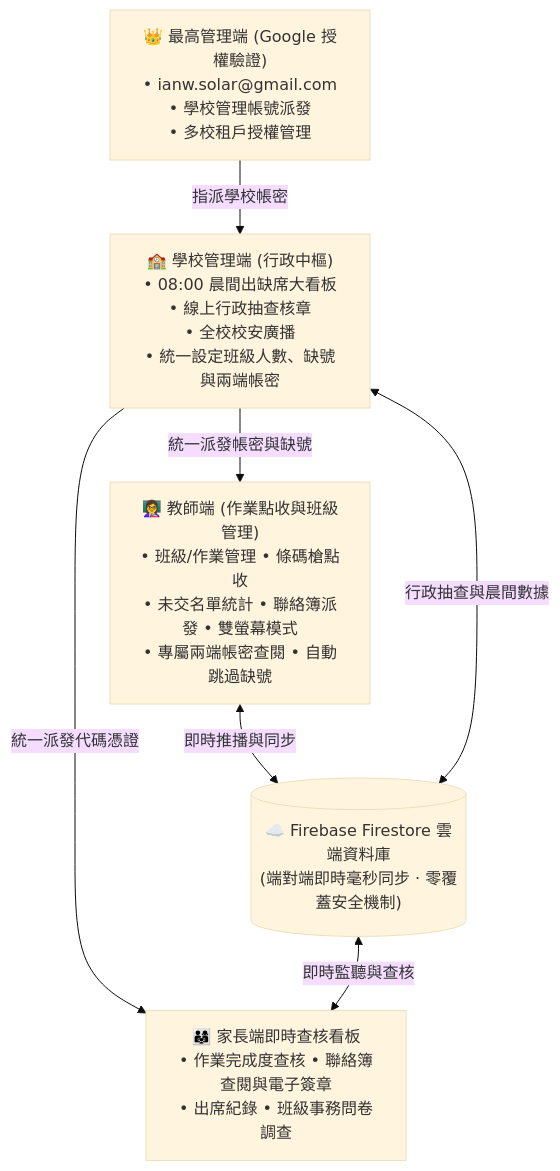
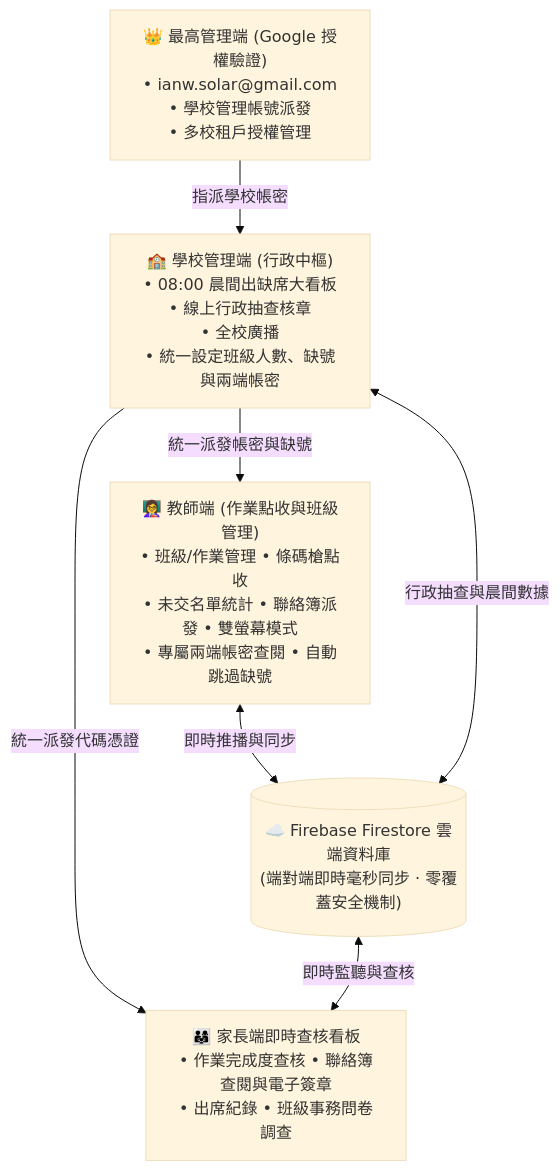
The diagram in README.md (ian1021228/homework_checker3.0_dev), drawn with Mermaid (base theme) before and after one commit. The commit also changed 11 other files, not shown here.

Commit message:
feat: 3MB quota cap, SVG donut chart, business object limits, rolling retention and school admin metering

````diff
--- a/README.md
+++ b/README.md
@@ -14,15 +14,15 @@
 ```mermaid
 flowchart TD
     SuperAdmin["👑 最高管理端 (Google 授權驗證)\n• ianw.solar@gmail.com\n• 學校管理帳號派發\n• 多校租戶授權管理"]
-    SchoolAdmin["🏫 學校管理端 (行政中樞)\n• 08:00 晨間出缺席大看板\n• 線上行政抽查核章\n• 全校校安廣播\n• 統一設定班級人數、缺號與兩端帳密"]
+    SchoolAdmin["🏫 學校管理端 (行政中樞)\n• 08:00 晨間出缺席大看板\n• 線上行政抽查核章\n• 全校廣播\n• 統一設定班級人數、缺號與兩端帳密"]
     Teacher["👩‍🏫 教師端 (作業點收與班級管理)\n• 班級/作業管理 • 條碼槍點收\n• 未交名單統計 • 聯絡簿派發 • 雙螢幕模式\n• 專屬兩端帳密查閱 • 自動跳過缺號"]
     Firebase[("☁️ Firebase Firestore 雲端資料庫\n(端對端即時毫秒同步 · 零覆蓋安全機制)")]
     Parent["👨‍👩‍👧 家長端即時查核看板\n• 作業完成度查核 • 聯絡簿查閱與電子簽章\n• 出席紀錄 • 班級事務問卷調查"]
 
     SuperAdmin -->|指派學校帳密| SchoolAdmin
     SchoolAdmin -->|統一派發帳密與缺號| Teacher
     SchoolAdmin -->|統一派發代碼憑證| Parent
     Teacher <-->|即時推播與同步| Firebase
     Firebase <-->|即時監聽與查核| Parent
     SchoolAdmin <-->|行政抽查與晨間數據| Firebase
 ```
````
